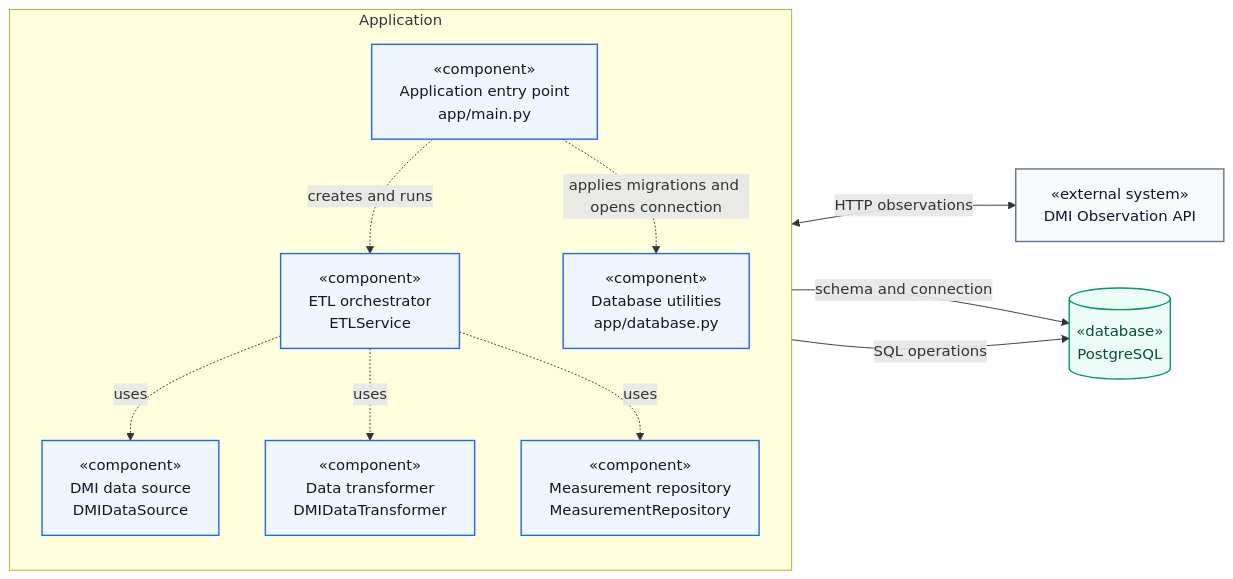
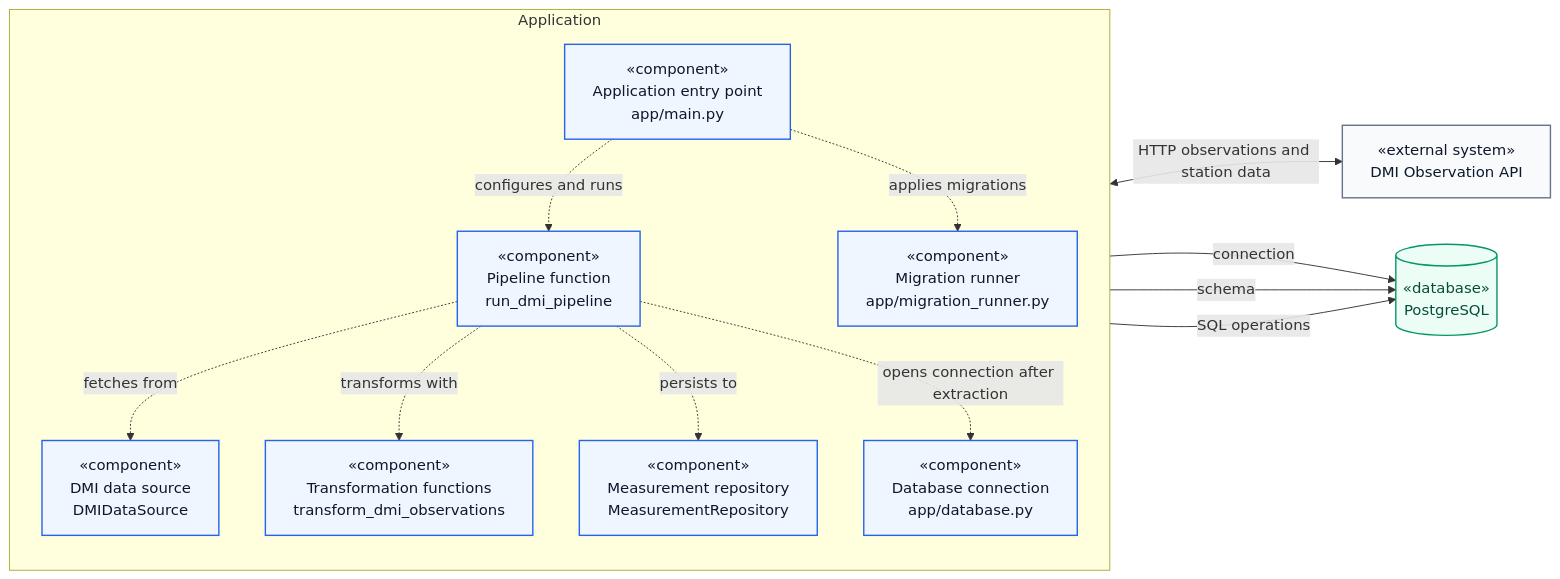
The first of 4 diagrams in README.md (mielouise/environment_data_project), drawn with Mermaid before and after one commit. The commit also changed other lines of this file and 32 other files, not shown here.

````diff
--- a/README.md
+++ b/README.md
@@ -219,32 +331,35 @@
 ```mermaid
 flowchart LR
     subgraph Application["Application"]
         direction TB
         Main["«component»<br/>Application entry point<br/>app/main.py"]
-        ETL["«component»<br/>ETL orchestrator<br/>ETLService"]
+        ETL["«component»<br/>Pipeline function<br/>run_dmi_pipeline"]
         Source["«component»<br/>DMI data source<br/>DMIDataSource"]
-        Transformer["«component»<br/>Data transformer<br/>DMIDataTransformer"]
+        Transformer["«component»<br/>Transformation functions<br/>transform_dmi_observations"]
         Repository["«component»<br/>Measurement repository<br/>MeasurementRepository"]
-        Database["«component»<br/>Database utilities<br/>app/database.py"]
+        Database["«component»<br/>Database connection<br/>app/database.py"]
+        Migrations["«component»<br/>Migration runner<br/>app/migration_runner.py"]
     end
 
     DMI["«external system»<br/>DMI Observation API"]
     PostgreSQL[("«database»<br/>PostgreSQL")]
 
-    Main -.->|creates and runs| ETL
-    ETL -.->|uses| Source
-    ETL -.->|uses| Transformer
-    ETL -.->|uses| Repository
-    Source <-->|HTTP observations| DMI
-    Main -.->|applies migrations and opens connection| Database
-    Database -->|schema and connection| PostgreSQL
+    Main -.->|configures and runs| ETL
+    ETL -.->|fetches from| Source
+    ETL -.->|transforms with| Transformer
+    ETL -.->|persists to| Repository
+    Source <-->|HTTP observations and station data| DMI
+    ETL -.->|opens connection after extraction| Database
+    Main -.->|applies migrations| Migrations
+    Database -->|connection| PostgreSQL
+    Migrations -->|schema| PostgreSQL
     Repository -->|SQL operations| PostgreSQL
 
     classDef application fill:#eff6ff,stroke:#2563eb,color:#0f172a,stroke-width:1.5px
     classDef external fill:#f8fafc,stroke:#64748b,color:#0f172a,stroke-width:1.5px
     classDef datastore fill:#ecfdf5,stroke:#059669,color:#064e3b,stroke-width:1.5px
 
-    class Main,ETL,Source,Transformer,Repository,Database application
+    class Main,ETL,Source,Transformer,Repository,Database,Migrations application
     class DMI external
     class PostgreSQL datastore
 ```
````
